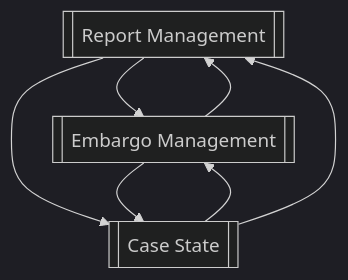
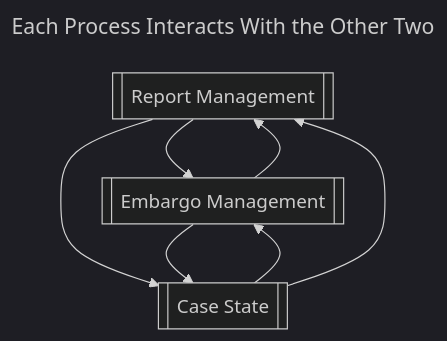
The first of 2 diagrams in docs/topics/process_models/index.md (CERTCC/Vultron), drawn with Mermaid (dark theme) before and after one commit. The commit also changed other lines of this file and 44 other files, not shown here.

````diff
--- a/docs/topics/process_models/index.md
+++ b/docs/topics/process_models/index.md
@@ -10,12 +10,15 @@
     ```mermaid
+    ---
+    title: Each Process Interacts With the Other Two
+    ---
     flowchart TD
         RM[[Report Management]]
         EM[[Embargo Management]]
         CS[[Case State]]
         RM --> EM
         RM --> CS
         EM --> RM
         EM --> CS
         CS --> EM
         CS --> RM
     ```
````
